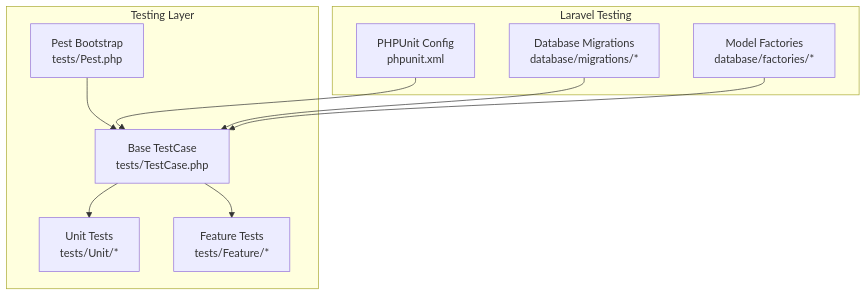
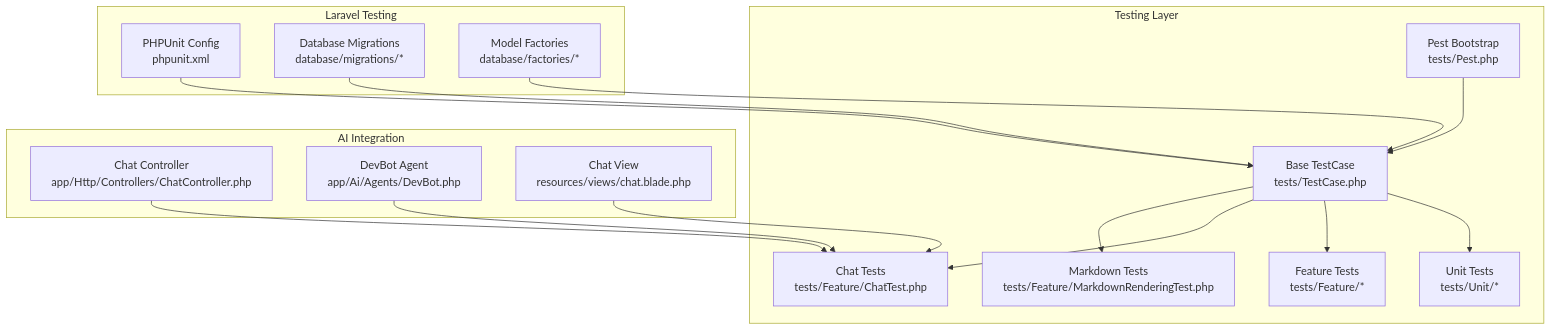
One commit to siimliimand/laravel-assistant changed the first of 4 diagrams in .qoder/repowiki/en/content/Testing Infrastructure/Testing Infrastructure.md. Above: the diagram before and after it, drawn with Mermaid. The commit also changed other lines of this file and 5 other files, not shown here.

````diff
--- a/.qoder/repowiki/en/content/Testing Infrastructure/Testing Infrastructure.md
+++ b/.qoder/repowiki/en/content/Testing Infrastructure/Testing Infrastructure.md
@@ -42,20 +58,32 @@
 ```mermaid
 graph TB
 subgraph "Testing Layer"
 Pest["Pest Bootstrap<br/>tests/Pest.php"]
 TC["Base TestCase<br/>tests/TestCase.php"]
 U["Unit Tests<br/>tests/Unit/*"]
 F["Feature Tests<br/>tests/Feature/*"]
+CT["Chat Tests<br/>tests/Feature/ChatTest.php"]
+MT["Markdown Tests<br/>tests/Feature/MarkdownRenderingTest.php"]
 end
 subgraph "Laravel Testing"
 PU["PHPUnit Config<br/>phpunit.xml"]
 DB["Database Migrations<br/>database/migrations/*"]
 FCT["Model Factories<br/>database/factories/*"]
 end
+subgraph "AI Integration"
+DC["Chat Controller<br/>app/Http/Controllers/ChatController.php"]
+DBT["DevBot Agent<br/>app/Ai/Agents/DevBot.php"]
+CV["Chat View<br/>resources/views/chat.blade.php"]
+end
 Pest --> TC
 TC --> U
 TC --> F
+TC --> CT
+TC --> MT
 PU --> TC
 DB --> TC
 FCT --> TC
+DC --> CT
+DBT --> CT
+CV --> CT
 ```
````
